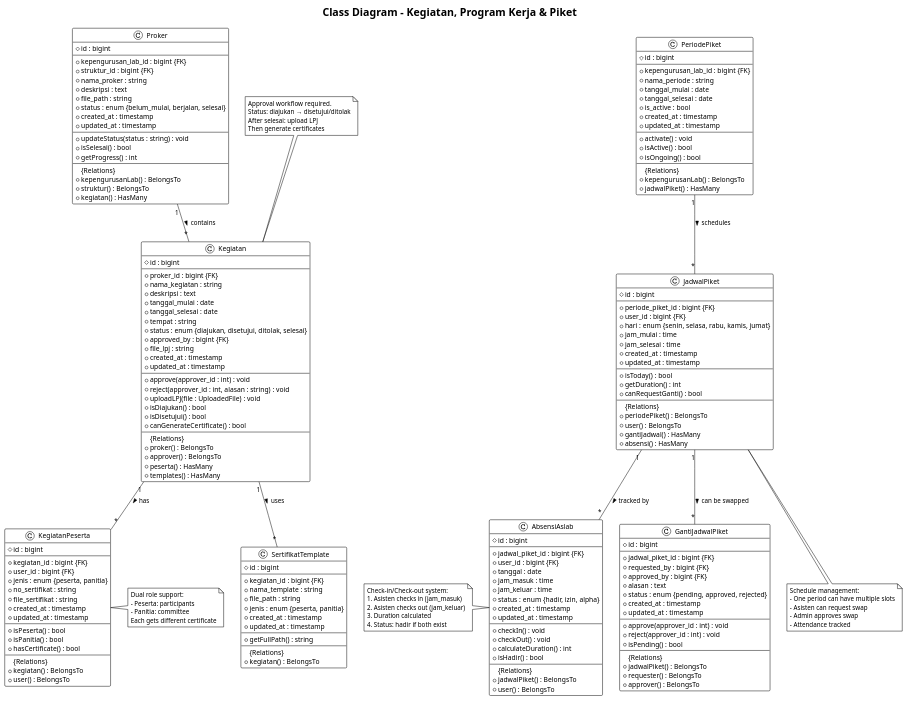
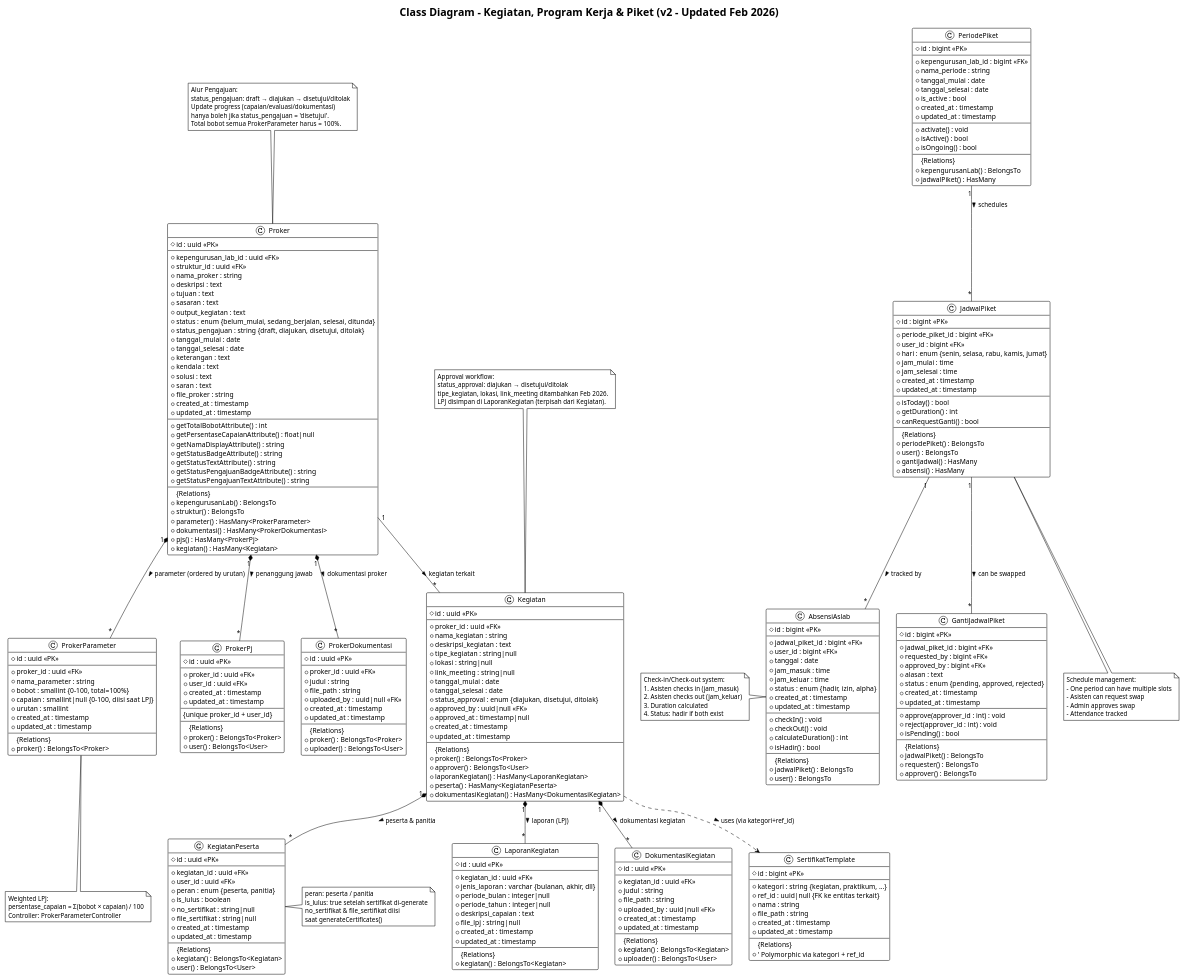
Before and after one commit to Habiboys/SILAB-DSI: the diagram in docs/CLASS_04_KEGIATAN_PROKER_PIKET.puml, drawn with PlantUML. The commit also changed other lines of this file and 35 other files, not shown here.

```diff
--- a/docs/CLASS_04_KEGIATAN_PROKER_PIKET.puml
+++ b/docs/CLASS_04_KEGIATAN_PROKER_PIKET.puml
@@ -1,107 +1,192 @@
 @startuml CLASS_04_KEGIATAN_PROKER_PIKET
 !theme plain
-title Class Diagram - Kegiatan, Program Kerja & Piket
+title Class Diagram - Kegiatan, Program Kerja & Piket (v2 - Updated Feb 2026)
 
-' ============================================
+' ============================================================
 ' PROGRAM KERJA
-' ============================================
+' ============================================================
 class Proker {
-  # id : bigint
+  # id : uuid <<PK>>
   --
-  + kepengurusan_lab_id : bigint {FK}
-  + struktur_id : bigint {FK}
+  + kepengurusan_lab_id : uuid <<FK>>
+  + struktur_id : uuid <<FK>>
   + nama_proker : string
   + deskripsi : text
-  + file_path : string
-  + status : enum {belum_mulai, berjalan, selesai}
+  + tujuan : text
+  + sasaran : text
+  + output_kegiatan : text
+  + status : enum {belum_mulai, sedang_berjalan, selesai, ditunda}
+  + status_pengajuan : string {draft, diajukan, disetujui, ditolak}
+  + tanggal_mulai : date
+  + tanggal_selesai : date
+  + keterangan : text
+  + kendala : text
+  + solusi : text
+  + saran : text
+  + file_proker : string
   + created_at : timestamp
   + updated_at : timestamp
   --
-  + updateStatus(status : string) : void
-  + isSelesai() : bool
-  + getProgress() : int
+  ' Computed accessors
+  + getTotalBobotAttribute() : int
+  + getPersentaseCapaianAttribute() : float|null
+  + getNamaDisplayAttribute() : string
+  + getStatusBadgeAttribute() : string
+  + getStatusTextAttribute() : string
+  + getStatusPengajuanBadgeAttribute() : string
+  + getStatusPengajuanTextAttribute() : string
   --
   {Relations}
   + kepengurusanLab() : BelongsTo
   + struktur() : BelongsTo
-  + kegiatan() : HasMany
+  + parameter() : HasMany<ProkerParameter>
+  + dokumentasi() : HasMany<ProkerDokumentasi>
+  + pjs() : HasMany<ProkerPj>
+  + kegiatan() : HasMany<Kegiatan>
 }
 
-' ============================================
-' KEGIATAN
-' ============================================
-class Kegiatan {
-  # id : bigint
+class ProkerParameter {
+  # id : uuid <<PK>>
   --
-  + proker_id : bigint {FK}
-  + nama_kegiatan : string
-  + deskripsi : text
-  + tanggal_mulai : date
-  + tanggal_selesai : date
-  + tempat : string
-  + status : enum {diajukan, disetujui, ditolak, selesai}
-  + approved_by : bigint {FK}
-  + file_lpj : string
+  + proker_id : uuid <<FK>>
+  + nama_parameter : string
+  + bobot : smallint {0-100, total=100%}
+  + capaian : smallint|null {0-100, diisi saat LPJ}
+  + urutan : smallint
   + created_at : timestamp
   + updated_at : timestamp
   --
-  + approve(approver_id : int) : void
-  + reject(approver_id : int, alasan : string) : void
-  + uploadLPJ(file : UploadedFile) : void
-  + isDiajukan() : bool
-  + isDisetujui() : bool
-  + canGenerateCertificate() : bool
+  {Relations}
+  + proker() : BelongsTo<Proker>
+}
+
+class ProkerPj {
+  # id : uuid <<PK>>
+  --
+  + proker_id : uuid <<FK>>
+  + user_id : uuid <<FK>>
+  + created_at : timestamp
+  + updated_at : timestamp
+  --
+  {unique proker_id + user_id}
   --
   {Relations}
-  + proker() : BelongsTo
-  + approver() : BelongsTo
-  + peserta() : HasMany
-  + templates() : HasMany
+  + proker() : BelongsTo<Proker>
+  + user() : BelongsTo<User>
+}
+
+class ProkerDokumentasi {
+  # id : uuid <<PK>>
+  --
+  + proker_id : uuid <<FK>>
+  + judul : string
+  + file_path : string
+  + uploaded_by : uuid|null <<FK>>
+  + created_at : timestamp
+  + updated_at : timestamp
+  --
+  {Relations}
+  + proker() : BelongsTo<Proker>
+  + uploader() : BelongsTo<User>
+}
+
+' ============================================================
+' KEGIATAN
+' ============================================================
+class Kegiatan {
+  # id : uuid <<PK>>
+  --
+  + proker_id : uuid <<FK>>
+  + nama_kegiatan : string
+  + deskripsi_kegiatan : text
+  + tipe_kegiatan : string|null
+  + lokasi : string|null
+  + link_meeting : string|null
+  + tanggal_mulai : date
+  + tanggal_selesai : date
+  + status_approval : enum {diajukan, disetujui, ditolak}
+  + approved_by : uuid|null <<FK>>
+  + approved_at : timestamp|null
+  + created_at : timestamp
+  + updated_at : timestamp
+  --
+  {Relations}
+  + proker() : BelongsTo<Proker>
+  + approver() : BelongsTo<User>
+  + laporanKegiatan() : HasMany<LaporanKegiatan>
+  + peserta() : HasMany<KegiatanPeserta>
+  + dokumentasiKegiatan() : HasMany<DokumentasiKegiatan>
 }
 
 class KegiatanPeserta {
-  # id : bigint
+  # id : uuid <<PK>>
   --
-  + kegiatan_id : bigint {FK}
-  + user_id : bigint {FK}
-  + jenis : enum {peserta, panitia}
-  + no_sertifikat : string
-  + file_sertifikat : string
+  + kegiatan_id : uuid <<FK>>
+  + user_id : uuid <<FK>>
+  + peran : enum {peserta, panitia}
+  + is_lulus : boolean
+  + no_sertifikat : string|null
+  + file_sertifikat : string|null
   + created_at : timestamp
   + updated_at : timestamp
   --
-  + isPeserta() : bool
-  + isPanitia() : bool
-  + hasCertificate() : bool
+  {Relations}
+  + kegiatan() : BelongsTo<Kegiatan>
+  + user() : BelongsTo<User>
+}
+
+class LaporanKegiatan {
+  # id : uuid <<PK>>
+  --
+  + kegiatan_id : uuid <<FK>>
+  + jenis_laporan : varchar {bulanan, akhir, dll}
+  + periode_bulan : integer|null
+  + periode_tahun : integer|null
+  + deskripsi_capaian : text
+  + file_lpj : string|null
+  + created_at : timestamp
+  + updated_at : timestamp
   --
   {Relations}
-  + kegiatan() : BelongsTo
-  + user() : BelongsTo
+  + kegiatan() : BelongsTo<Kegiatan>
+}
+
+class DokumentasiKegiatan {
+  # id : uuid <<PK>>
+  --
+  + kegiatan_id : uuid <<FK>>
+  + judul : string
+  + file_path : string
+  + uploaded_by : uuid|null <<FK>>
+  + created_at : timestamp
+  + updated_at : timestamp
+  --
+  {Relations}
+  + kegiatan() : BelongsTo<Kegiatan>
+  + uploader() : BelongsTo<User>
 }
 
 class SertifikatTemplate {
-  # id : bigint
+  # id : bigint <<PK>>
   --
-  + kegiatan_id : bigint {FK}
-  + nama_template : string
+  + kategori : string {kegiatan, praktikum, ...}
+  + ref_id : uuid|null {FK ke entitas terkait}
+  + nama : string
   + file_path : string
-  + jenis : enum {peserta, panitia}
   + created_at : timestamp
   + updated_at : timestamp
   --
-  + getFullPath() : string
-  --
   {Relations}
-  + kegiatan() : BelongsTo
+  + ' Polymorphic via kategori + ref_id
 }
 
-' ============================================
-' PIKET
-' ============================================
+' ============================================================
+' PIKET (tidak berubah)
+' ============================================================
 class PeriodePiket {
-  # id : bigint
+  # id : bigint <<PK>>
   --
-  + kepengurusan_lab_id : bigint {FK}
+  + kepengurusan_lab_id : bigint <<FK>>
   + nama_periode : string
   + tanggal_mulai : date
   + tanggal_selesai : date
@@ -119,10 +204,10 @@
 }
 
 class JadwalPiket {
-  # id : bigint
+  # id : bigint <<PK>>
   --
-  + periode_piket_id : bigint {FK}
-  + user_id : bigint {FK}
+  + periode_piket_id : bigint <<FK>>
+  + user_id : bigint <<FK>>
   + hari : enum {senin, selasa, rabu, kamis, jumat}
   + jam_mulai : time
   + jam_selesai : time
@@ -141,11 +226,11 @@
 }
 
 class GantiJadwalPiket {
-  # id : bigint
+  # id : bigint <<PK>>
   --
-  + jadwal_piket_id : bigint {FK}
-  + requested_by : bigint {FK}
-  + approved_by : bigint {FK}
+  + jadwal_piket_id : bigint <<FK>>
+  + requested_by : bigint <<FK>>
+  + approved_by : bigint <<FK>>
   + alasan : text
   + status : enum {pending, approved, rejected}
   + created_at : timestamp
@@ -162,10 +247,10 @@
 }
 
 class AbsensiAslab {
-  # id : bigint
+  # id : bigint <<PK>>
   --
-  + jadwal_piket_id : bigint {FK}
-  + user_id : bigint {FK}
+  + jadwal_piket_id : bigint <<FK>>
+  + user_id : bigint <<FK>>
   + tanggal : date
   + jam_masuk : time
   + jam_keluar : time
@@ -183,29 +268,58 @@
   + user() : BelongsTo
 }
 
-' ============================================
-' RELATIONSHIPS
-' ============================================
-Proker "1" -- "*" Kegiatan : contains >
-Kegiatan "1" -- "*" KegiatanPeserta : has >
-Kegiatan "1" -- "*" SertifikatTemplate : uses >
+' ============================================================
+' RELATIONSHIPS - PROKER
+' ============================================================
+Proker "1" *-- "*" ProkerParameter : parameter (ordered by urutan) >
+Proker "1" *-- "*" ProkerPj : penanggung jawab >
+Proker "1" *-- "*" ProkerDokumentasi : dokumentasi proker >
+Proker "1" -- "*" Kegiatan : kegiatan terkait >
 
+' ============================================================
+' RELATIONSHIPS - KEGIATAN
+' ============================================================
+Kegiatan "1" *-- "*" KegiatanPeserta : peserta & panitia >
+Kegiatan "1" *-- "*" LaporanKegiatan : laporan (LPJ) >
+Kegiatan "1" *-- "*" DokumentasiKegiatan : dokumentasi kegiatan >
+Kegiatan ..> SertifikatTemplate : uses (via kategori+ref_id) >
+
+' ============================================================
+' RELATIONSHIPS - PIKET
+' ============================================================
 PeriodePiket "1" -- "*" JadwalPiket : schedules >
 JadwalPiket "1" -- "*" GantiJadwalPiket : can be swapped >
 JadwalPiket "1" -- "*" AbsensiAslab : tracked by >
 
+' ============================================================
+' NOTES
+' ============================================================
+note top of Proker
+  Alur Pengajuan:
+  status_pengajuan: draft → diajukan → disetujui/ditolak
+  Update progress (capaian/evaluasi/dokumentasi)
+  hanya boleh jika status_pengajuan = 'disetujui'.
+  Total bobot semua ProkerParameter harus = 100%.
+end note
+
 note top of Kegiatan
-  Approval workflow required.
-  Status: diajukan → disetujui/ditolak
-  After selesai: upload LPJ
-  Then generate certificates
+  Approval workflow:
+  status_approval: diajukan → disetujui/ditolak
+  tipe_kegiatan, lokasi, link_meeting ditambahkan Feb 2026.
+  LPJ disimpan di LaporanKegiatan (terpisah dari Kegiatan).
 end note
 
 note right of KegiatanPeserta
-  Dual role support:
-  - Peserta: participants
-  - Panitia: committee
-  Each gets different certificate
+  peran: peserta / panitia
+  is_lulus: true setelah sertifikat di-generate
+  no_sertifikat & file_sertifikat diisi
+  saat generateCertificates()
+end note
+
+note bottom of ProkerParameter
+  Weighted LPJ:
+  persentase_capaian = Σ(bobot × capaian) / 100
+  Controller: ProkerParameterController
 end note
 
 note bottom of JadwalPiket
```
